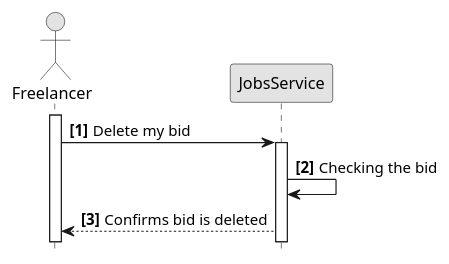
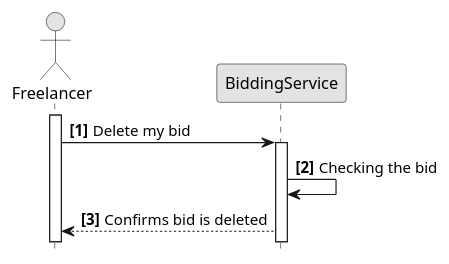
The diagram in src/software-architecture/sequence/freelancer-flow/delete-bid.pu (converge-app/diagrams), drawn with PlantUML before and after one commit. The commit also changed 7 other files, not shown here.

```diff
--- a/src/software-architecture/sequence/freelancer-flow/delete-bid.pu
+++ b/src/software-architecture/sequence/freelancer-flow/delete-bid.pu
@@ -1,15 +1,15 @@
 @startuml
 hide footbox
 autonumber "<b>[0]"
 skinparam monochrome true
 
 actor Freelancer
-participant JobsService
+participant BiddingService
 
 activate Freelancer
-Freelancer -> JobsService: Delete my bid
+Freelancer -> BiddingService: Delete my bid
 
-activate JobsService
-JobsService -> JobsService: Checking the bid
-JobsService --> Freelancer: Confirms bid is deleted
+activate BiddingService
+BiddingService -> BiddingService: Checking the bid
+BiddingService --> Freelancer: Confirms bid is deleted
 @enduml
```
